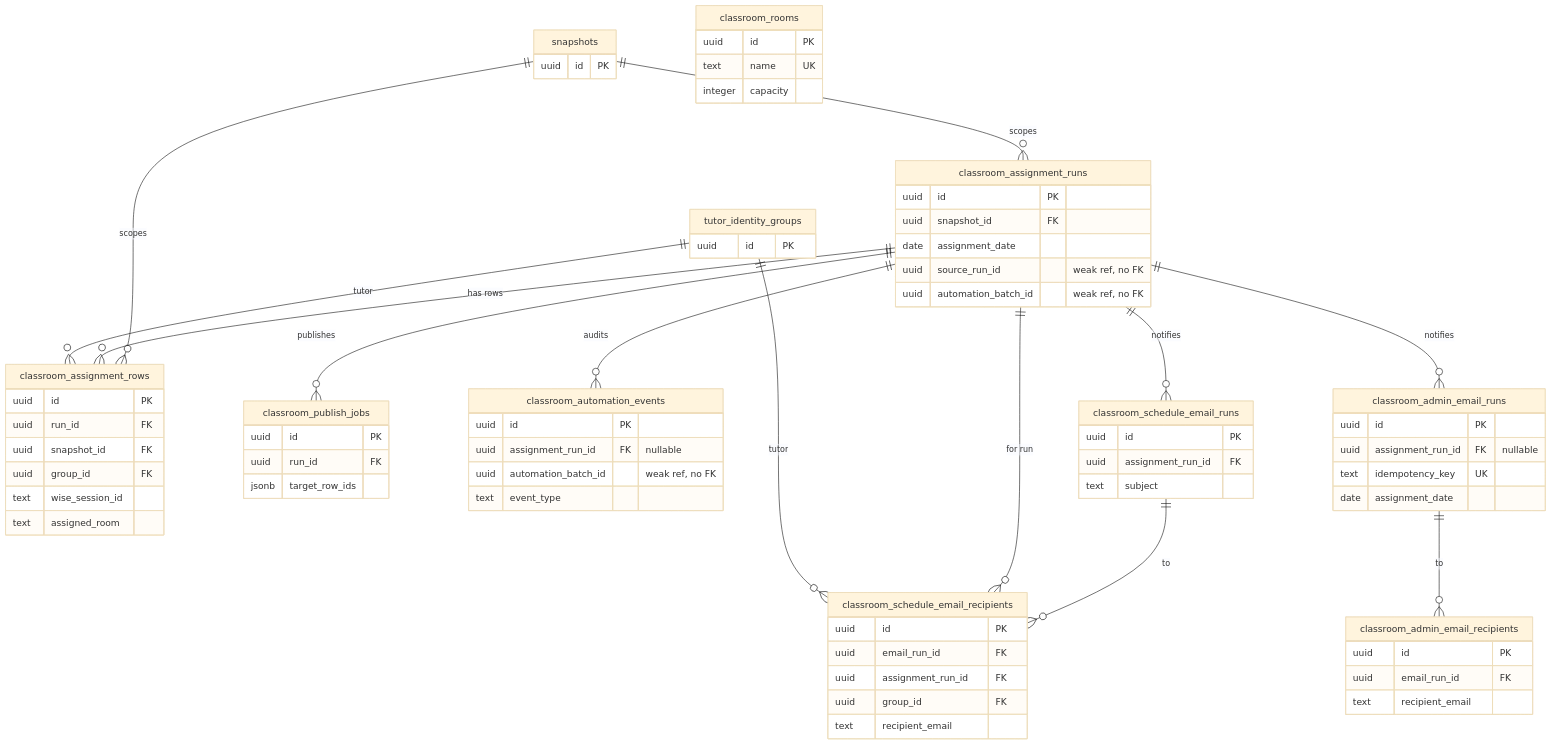
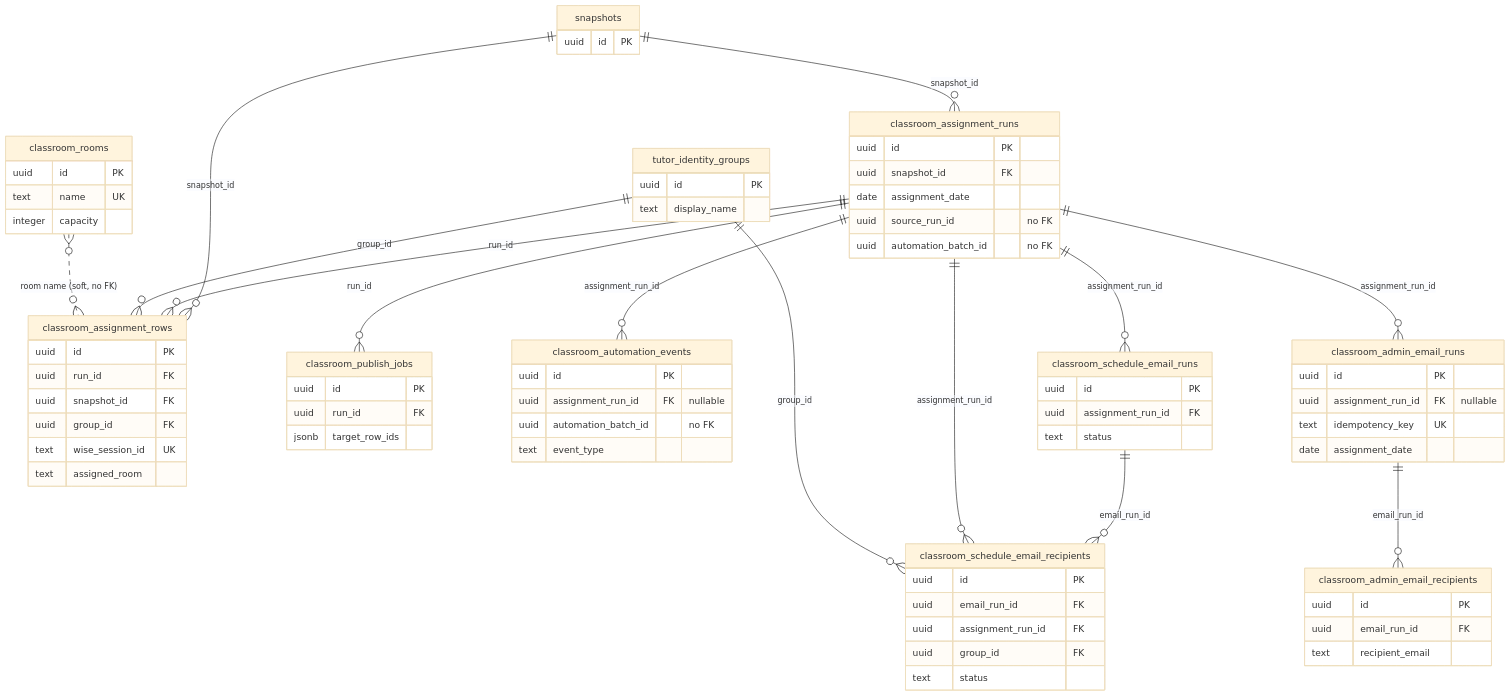
Before and after one commit to kasheesh711/bgscheduler: the diagram in docs/reference/database/erd-classrooms.md, drawn with Mermaid (base theme). The commit also changed other lines of this file and 71 other files, not shown here.

````diff
--- a/docs/reference/database/erd-classrooms.md
+++ b/docs/reference/database/erd-classrooms.md
@@ -33,6 +29,7 @@
     }
     tutor_identity_groups {
         uuid id PK
+        text display_name
     }
 
     classroom_rooms {
@@ -40,74 +37,67 @@
         text name UK
         integer capacity
     }
-
     classroom_assignment_runs {
         uuid id PK
         uuid snapshot_id FK
         date assignment_date
-        uuid source_run_id "weak ref, no FK"
-        uuid automation_batch_id "weak ref, no FK"
+        uuid source_run_id "no FK"
+        uuid automation_batch_id "no FK"
     }
-
     classroom_assignment_rows {
         uuid id PK
         uuid run_id FK
         uuid snapshot_id FK
         uuid group_id FK
-        text wise_session_id
+        text wise_session_id UK
         text assigned_room
     }
-
     classroom_publish_jobs {
         uuid id PK
         uuid run_id FK
         jsonb target_row_ids
     }
-
     classroom_automation_events {
         uuid id PK
         uuid assignment_run_id FK "nullable"
-        uuid automation_batch_id "weak ref, no FK"
+        uuid automation_batch_id "no FK"
         text event_type
     }
-
     classroom_schedule_email_runs {
         uuid id PK
         uuid assignment_run_id FK
-        text subject
+        text status
     }
-
     classroom_schedule_email_recipients {
         uuid id PK
         uuid email_run_id FK
         uuid assignment_run_id FK
         uuid group_id FK
-        text recipient_email
+        text status
     }
-
     classroom_admin_email_runs {
         uuid id PK
         uuid assignment_run_id FK "nullable"
         text idempotency_key UK
         date assignment_date
     }
-
     classroom_admin_email_recipients {
         uuid id PK
         uuid email_run_id FK
         text recipient_email
     }
 
-    snapshots ||--o{ classroom_assignment_runs : "scopes"
-    snapshots ||--o{ classroom_assignment_rows : "scopes"
-    classroom_assignment_runs ||--o{ classroom_assignment_rows : "has rows"
-    tutor_identity_groups ||--o{ classroom_assignment_rows : "tutor"
-    classroom_assignment_runs ||--o{ classroom_publish_jobs : "publishes"
-    classroom_assignment_runs ||--o{ classroom_automation_events : "audits"
-    classroom_assignment_runs ||--o{ classroom_schedule_email_runs : "notifies"
-    classroom_schedule_email_runs ||--o{ classroom_schedule_email_recipients : "to"
-    classroom_assignment_runs ||--o{ classroom_schedule_email_recipients : "for run"
-    tutor_identity_groups ||--o{ classroom_schedule_email_recipients : "tutor"
-    classroom_assignment_runs ||--o{ classroom_admin_email_runs : "notifies"
-    classroom_admin_email_runs ||--o{ classroom_admin_email_recipients : "to"
+    snapshots ||--o{ classroom_assignment_runs : "snapshot_id"
+    snapshots ||--o{ classroom_assignment_rows : "snapshot_id"
+    classroom_assignment_runs ||--o{ classroom_assignment_rows : "run_id"
+    tutor_identity_groups ||--o{ classroom_assignment_rows : "group_id"
+    classroom_assignment_runs ||--o{ classroom_publish_jobs : "run_id"
+    classroom_assignment_runs ||--o{ classroom_automation_events : "assignment_run_id"
+    classroom_assignment_runs ||--o{ classroom_schedule_email_runs : "assignment_run_id"
+    classroom_schedule_email_runs ||--o{ classroom_schedule_email_recipients : "email_run_id"
+    classroom_assignment_runs ||--o{ classroom_schedule_email_recipients : "assignment_run_id"
+    tutor_identity_groups ||--o{ classroom_schedule_email_recipients : "group_id"
+    classroom_assignment_runs ||--o{ classroom_admin_email_runs : "assignment_run_id"
+    classroom_admin_email_runs ||--o{ classroom_admin_email_recipients : "email_run_id"
+    classroom_rooms }o..o{ classroom_assignment_rows : "room name (soft, no FK)"
 ```
````
